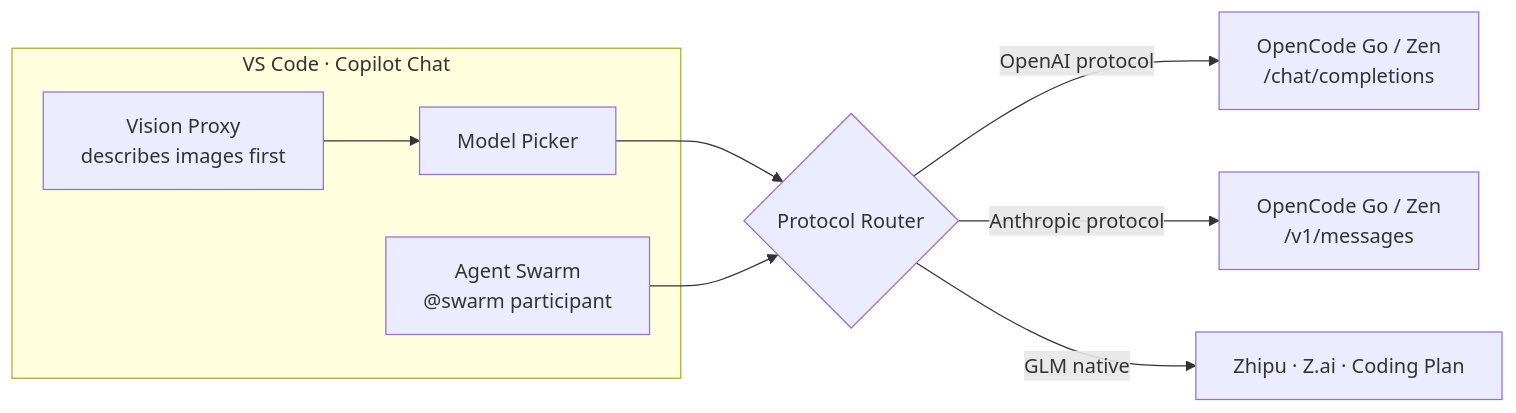
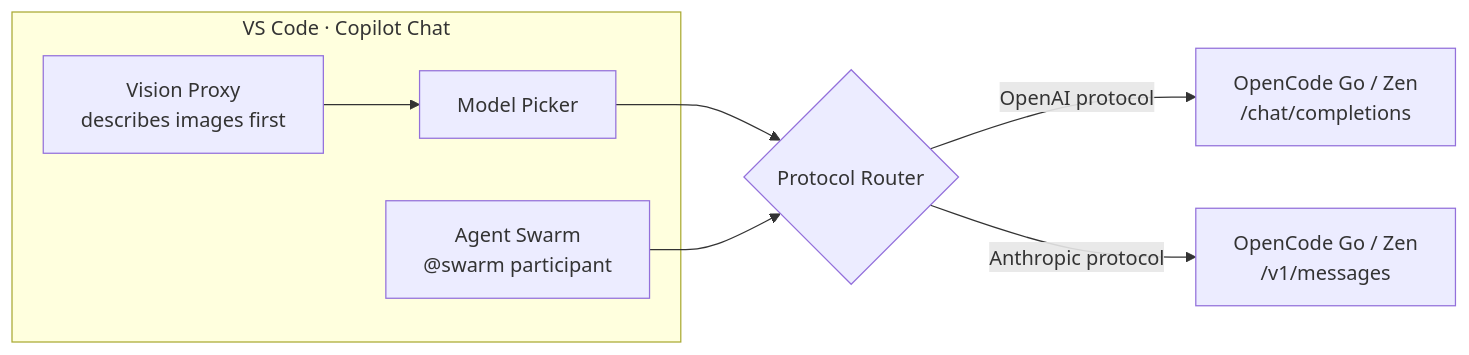
Before and after one commit to Abbalochdev/opencode-for-copilot: the first of 2 diagrams in README.md, drawn with Mermaid. The commit also changed other lines of this file and 32 other files, not shown here.

````diff
--- a/README.md
+++ b/README.md
@@ -45,14 +45,13 @@
 ```mermaid
 flowchart LR
     subgraph VSCODE["VS Code · Copilot Chat"]
         PICKER[Model Picker]
         SWARM[Agent Swarm<br/>@swarm participant]
         VISION[Vision Proxy<br/>describes images first]
     end
     PICKER --> ROUTER{Protocol Router}
     SWARM --> ROUTER
     VISION --> PICKER
     ROUTER -->|OpenAI protocol| GO[OpenCode Go / Zen<br/>/chat/completions]
     ROUTER -->|Anthropic protocol| ANTH[OpenCode Go / Zen<br/>/v1/messages]
-    ROUTER -->|GLM native| GLM[Zhipu · Z.ai · Coding Plan]
 ```
````
